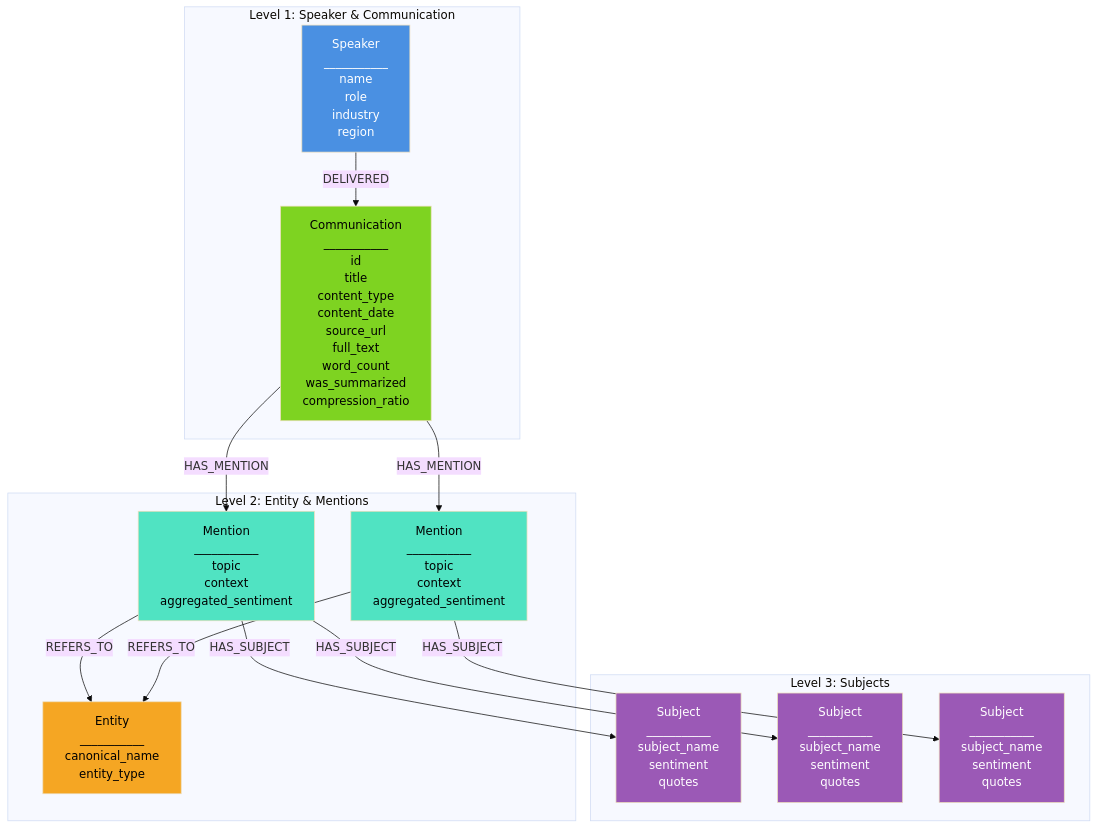
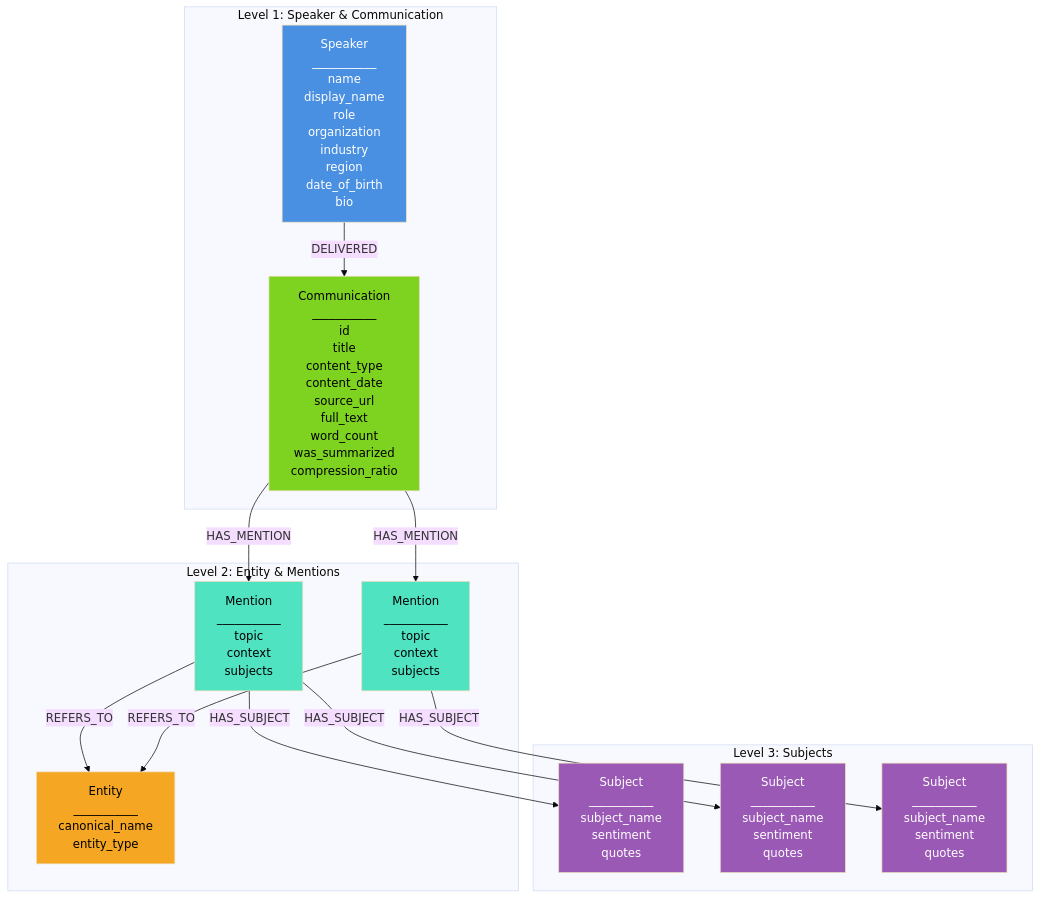
One commit to dmitriyratu/DiscourseKG changed the diagram in documentation/kg/topology.md. Above: the diagram before and after it, drawn with Mermaid (base theme). The commit also changed other lines of this file and 44 other files, not shown here.

First line of the commit message:
feat: enhance DiscourseKG with new graph processing stage and dependencies

````diff
--- a/documentation/kg/topology.md
+++ b/documentation/kg/topology.md
@@ -17,37 +17,37 @@
 ```mermaid
 graph TB
     subgraph "Level 1: Speaker & Communication"
-        S[Speaker<br/>___________<br/>name<br/>role<br/>industry<br/>region]
+        S[Speaker<br/>___________<br/>name<br/>display_name<br/>role<br/>organization<br/>industry<br/>region<br/>date_of_birth<br/>bio]
         C[Communication<br/>___________<br/>id<br/>title<br/>content_type<br/>content_date<br/>source_url<br/>full_text<br/>word_count<br/>was_summarized<br/>compression_ratio]
     end
     
     subgraph "Level 2: Entity & Mentions"
         E[Entity<br/>___________<br/>canonical_name<br/>entity_type]
-        M1[Mention<br/>___________<br/>topic<br/>context<br/>aggregated_sentiment]
-        M2[Mention<br/>___________<br/>topic<br/>context<br/>aggregated_sentiment]
+        M1[Mention<br/>___________<br/>topic<br/>context<br/>subjects]
+        M2[Mention<br/>___________<br/>topic<br/>context<br/>subjects]
     end
     
     subgraph "Level 3: Subjects"
         SU1[Subject<br/>___________<br/>subject_name<br/>sentiment<br/>quotes]
         SU2[Subject<br/>___________<br/>subject_name<br/>sentiment<br/>quotes]
         SU3[Subject<br/>___________<br/>subject_name<br/>sentiment<br/>quotes]
     end
     
     S -->|DELIVERED| C
     C -->|HAS_MENTION| M1
     C -->|HAS_MENTION| M2
     M1 -->|REFERS_TO| E
     M2 -->|REFERS_TO| E
     M1 -->|HAS_SUBJECT| SU1
     M1 -->|HAS_SUBJECT| SU2
     M2 -->|HAS_SUBJECT| SU3
     
     style S fill:#4A90E2,color:#fff
     style C fill:#7ED321,color:#000
     style E fill:#F5A623,color:#000
     style M1 fill:#50E3C2,color:#000
     style M2 fill:#50E3C2,color:#000
     style SU1 fill:#9B59B6,color:#fff
     style SU2 fill:#9B59B6,color:#fff
     style SU3 fill:#9B59B6,color:#fff
 ```
````
